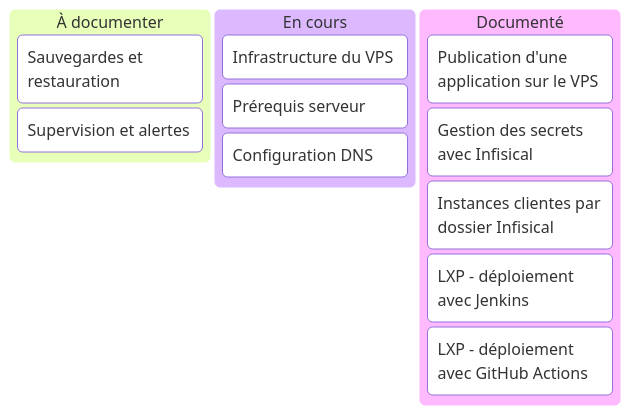
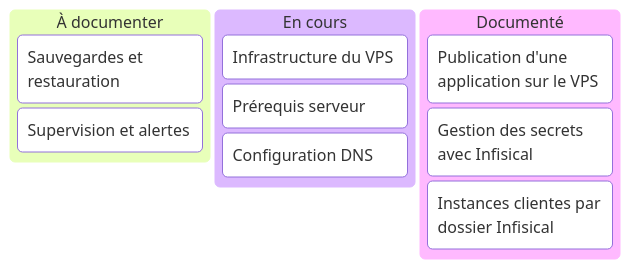
Before and after one commit to Martin-dhlle/step-eco-dev-docs-starlight: the diagram in src/content/docs/suivi-documentation.md, drawn with Mermaid. The commit also changed 4 other files, not shown here.

````diff
--- a/src/content/docs/suivi-documentation.md
+++ b/src/content/docs/suivi-documentation.md
@@ -8,16 +8,14 @@
 ```mermaid
 kanban
   todo[À documenter]
     backups[Sauvegardes et restauration]
     monitoring[Supervision et alertes]
   inProgress[En cours]
     infrastructure[Infrastructure du VPS]
     prerequisites[Prérequis serveur]
     dns[Configuration DNS]
   done[Documenté]
     appDeployment[Publication d'une application sur le VPS]
     secretManagement[Gestion des secrets avec Infisical]
     multiTenant[Instances clientes par dossier Infisical]
-    lxpJenkins[LXP - déploiement avec Jenkins]
-    lxpActions[LXP - déploiement avec GitHub Actions]
 ```
````
